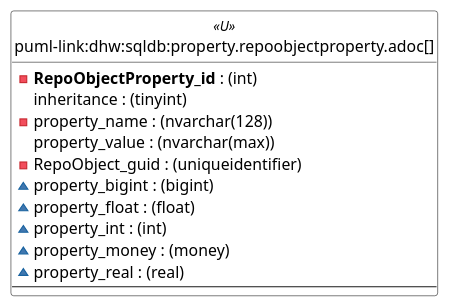
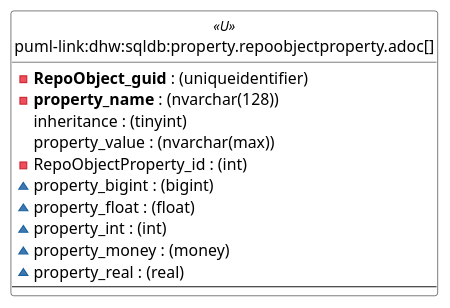
Before and after one commit to DataHandwerk/dhw-antora-sqldb: the first of 6 diagrams in docs/modules/sqldb/partials/content/property.repoobjectproperty.adoc, drawn with PlantUML. The commit also changed other lines of this file and 751 other files, not shown here.

```diff
--- a/docs/modules/sqldb/partials/content/property.repoobjectproperty.adoc
+++ b/docs/modules/sqldb/partials/content/property.repoobjectproperty.adoc
@@ -842,43 +843,43 @@
 [plantuml, entity-{docname}, svg, subs=macros]
 ....
 'Left to right direction
 top to bottom direction
 hide circle
 'avoide "." issues:
 set namespaceSeparator none
 
 
 skinparam class {
   BackgroundColor White
   BackgroundColor<<FN>> Yellow
   BackgroundColor<<FS>> Yellow
   BackgroundColor<<FT>> LightGray
   BackgroundColor<<IF>> Yellow
   BackgroundColor<<IS>> Yellow
   BackgroundColor<<P>>  Aqua
   BackgroundColor<<PC>> Aqua
   BackgroundColor<<SN>> Yellow
   BackgroundColor<<SO>> SlateBlue
   BackgroundColor<<TF>> LightGray
   BackgroundColor<<TR>> Tomato
   BackgroundColor<<U>>  White
   BackgroundColor<<V>>  WhiteSmoke
   BackgroundColor<<X>>  Aqua
   BackgroundColor<<external>> AliceBlue
 }
 
 
 entity "puml-link:dhw:sqldb:property.repoobjectproperty.adoc[]" as property.RepoObjectProperty << U >> {
-  - **RepoObjectProperty_id** : (int)
+  - **RepoObject_guid** : (uniqueidentifier)
+  - **property_name** : (nvarchar(128))
   inheritance : (tinyint)
-  - property_name : (nvarchar(128))
   property_value : (nvarchar(max))
-  - RepoObject_guid : (uniqueidentifier)
+  - RepoObjectProperty_id : (int)
   ~ property_bigint : (bigint)
   ~ property_float : (float)
   ~ property_int : (int)
   ~ property_money : (money)
   ~ property_real : (real)
   --
 }
 ....
```
